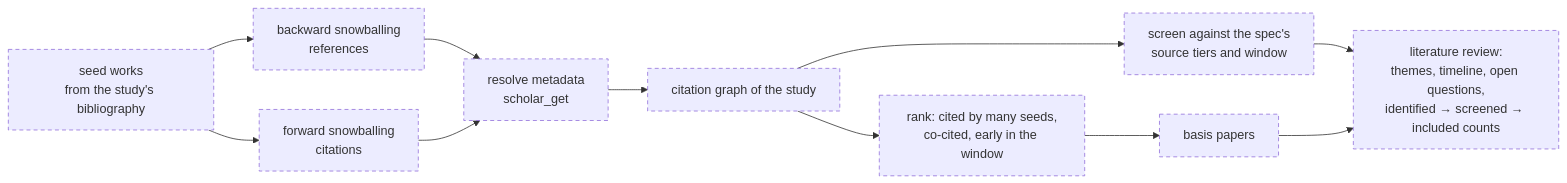
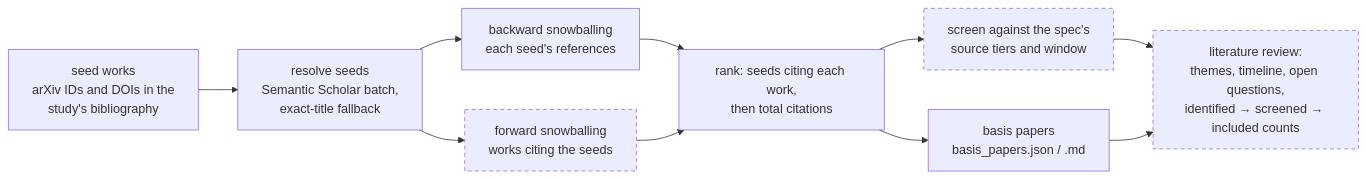
Before and after one commit to rjanseko/research-loop: diagram 11 of 11 in README.md, drawn with Mermaid. The commit also changed other lines of this file and 9 other files, not shown here.

First line of the commit message:
Find a study's basis papers by backward citation snowballing

````diff
--- a/README.md
+++ b/README.md
@@ -530,15 +531,14 @@
 ```mermaid
 flowchart LR
-    SEEDS["seed works<br/>from the study's bibliography"] --> BACK["backward snowballing<br/>references"]
-    SEEDS --> FWD["forward snowballing<br/>citations"]
-    BACK --> RES["resolve metadata<br/>scholar_get"]
-    FWD --> RES
-    RES --> CG["citation graph of the study"]
-    CG --> RANK["rank: cited by many seeds,<br/>co-cited, early in the window"]
-    RANK --> BASIS["basis papers"]
-    CG --> SCREEN["screen against the spec's<br/>source tiers and window"]
+    SEEDS["seed works<br/>arXiv IDs and DOIs in the<br/>study's bibliography"] --> RES["resolve seeds<br/>Semantic Scholar batch,<br/>exact-title fallback"]
+    RES --> BACK["backward snowballing<br/>each seed's references"]
+    RES --> FWD["forward snowballing<br/>works citing the seeds"]
+    BACK --> RANK["rank: seeds citing each work,<br/>then total citations"]
+    FWD --> RANK
+    RANK --> BASIS["basis papers<br/>basis_papers.json / .md"]
+    RANK --> SCREEN["screen against the spec's<br/>source tiers and window"]
     SCREEN --> REVIEW["literature review:<br/>themes, timeline, open questions,<br/>identified → screened → included counts"]
     BASIS --> REVIEW
     classDef planned stroke-dasharray: 5 4
-    class SEEDS,BACK,FWD,RES,CG,RANK,BASIS,SCREEN,REVIEW planned
+    class FWD,SCREEN,REVIEW planned
 ```
````
